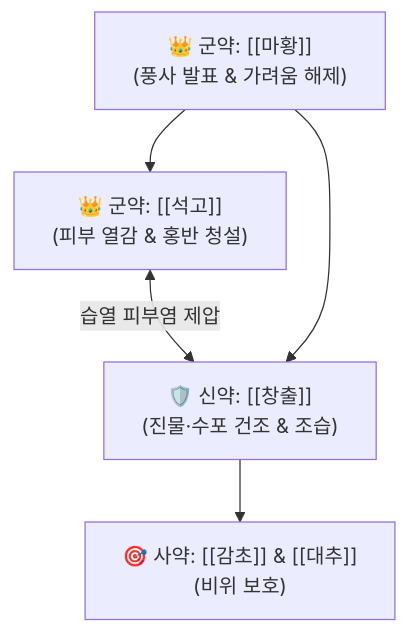
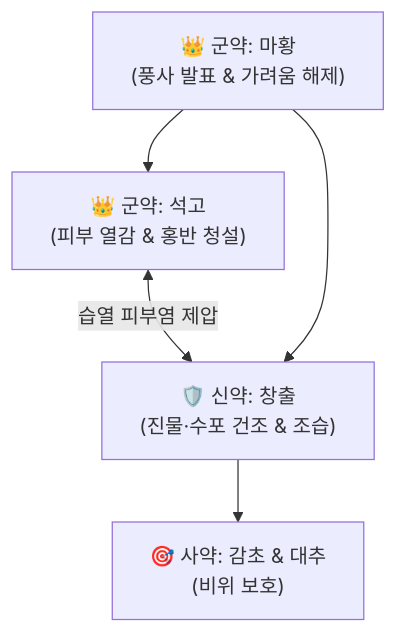
Before and after one commit to simbio11/simbio-digital-garden2: the diagram in content/2. 약리 공부/처방/01_해표제/월비가출탕.md, drawn with Mermaid. The commit also changed other lines of this file and 323 other files, not shown here.

````diff
--- a/content/2. 약리 공부/처방/01_해표제/월비가출탕.md
+++ b/content/2. 약리 공부/처방/01_해표제/월비가출탕.md
@@ -45,7 +48,7 @@
 ```mermaid
 graph TD
-    SG["👑 군약: [[석고]]<br>(피부 열감 & 홍반 청설)"] <-->|습열 피부염 제압| CS["🛡️ 신약: [[창출]]<br>(진물·수포 건조 & 조습)"]
-    MH["👑 군약: [[마황]]<br>(풍사 발표 & 가려움 해제)"] --> SG
+    SG["👑 군약: 석고<br>(피부 열감 & 홍반 청설)"] <-->|습열 피부염 제압| CS["🛡️ 신약: 창출<br>(진물·수포 건조 & 조습)"]
+    MH["👑 군약: 마황<br>(풍사 발표 & 가려움 해제)"] --> SG
     MH --> CS
-    CS --> GC["🎯 사약: [[감초]] & [[대추]]<br>(비위 보호)"]
+    CS --> GC["🎯 사약: 감초 & 대추<br>(비위 보호)"]
 ```
````
